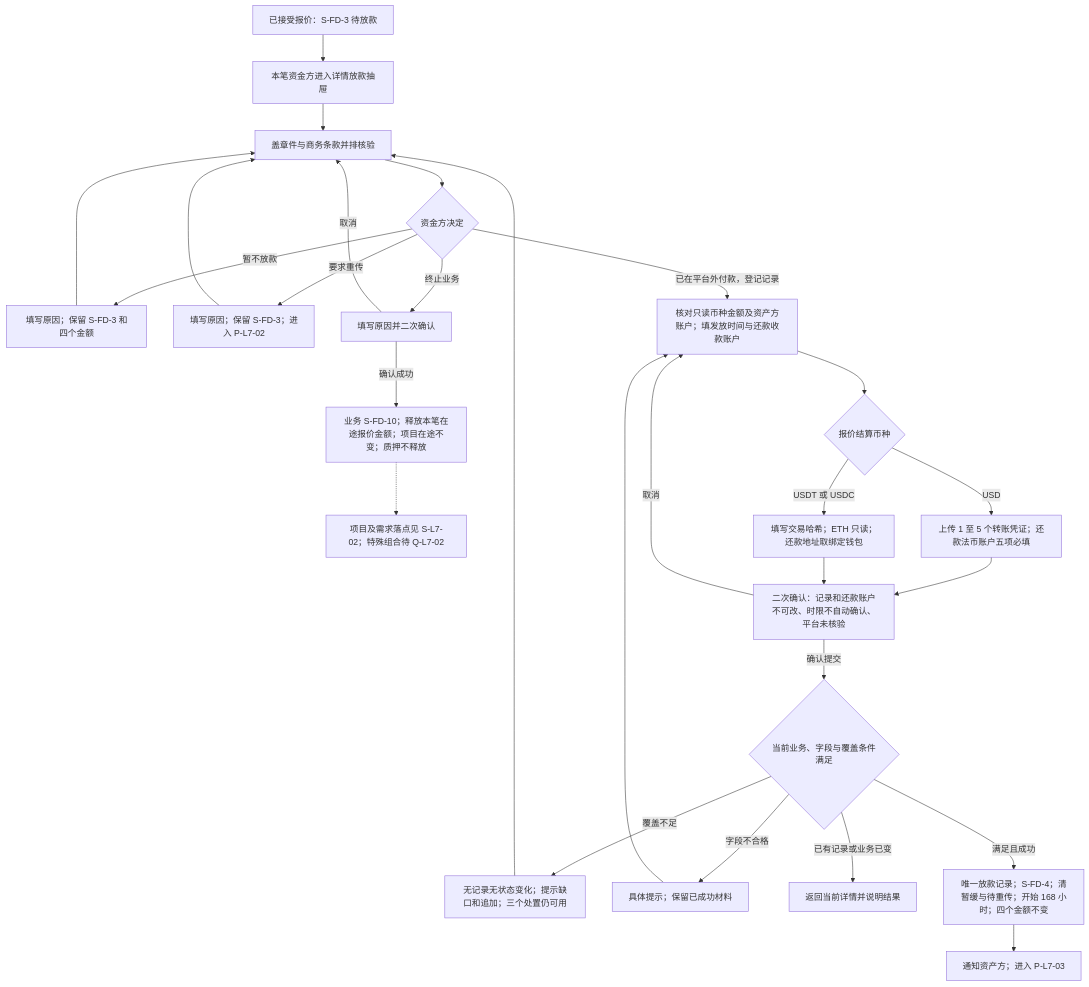
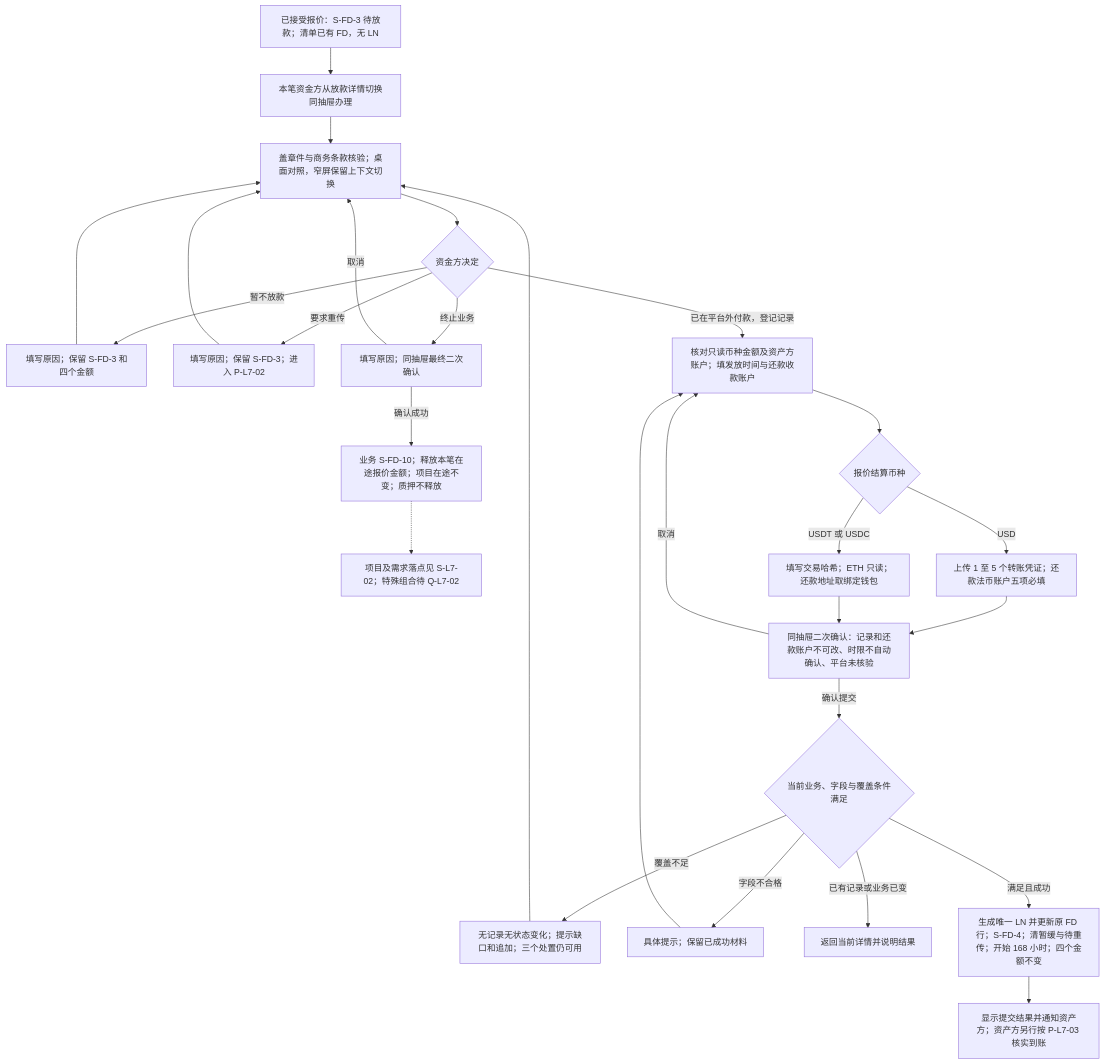
Before and after one commit to wxblockchain/Chain-Financing: the second of 6 diagrams in lending-platform/PRD/v1.0-借贷广场-放款与放款确认/v1.0-借贷广场-放款与放款确认-流程图与状态机.md, drawn with Mermaid. The commit also changed other lines of this file and 13 other files, not shown here.

````diff
--- a/lending-platform/PRD/v1.0-借贷广场-放款与放款确认/v1.0-借贷广场-放款与放款确认-流程图与状态机.md
+++ b/lending-platform/PRD/v1.0-借贷广场-放款与放款确认/v1.0-借贷广场-放款与放款确认-流程图与状态机.md
@@ -20,29 +53,29 @@
 ```mermaid
 flowchart TD
-  A[已接受报价：S-FD-3 待放款] --> B[本笔资金方进入详情放款抽屉]
-  B --> C[盖章件与商务条款并排核验]
+  A[已接受报价：S-FD-3 待放款；清单已有 FD，无 LN] --> B[本笔资金方从放款详情切换同抽屉办理]
+  B --> C[盖章件与商务条款核验；桌面对照，窄屏保留上下文切换]
   C --> D{资金方决定}
   D -->|暂不放款| H[填写原因；保留 S-FD-3 和四个金额]
   H --> C
   D -->|要求重传| R[填写原因；保留 S-FD-3；进入 P-L7-02]
   R --> C
-  D -->|终止业务| T[填写原因并二次确认]
+  D -->|终止业务| T[填写原因；同抽屉最终二次确认]
   T -->|取消| C
   T -->|确认成功| U[业务 S-FD-10；释放本笔在途报价金额；项目在途不变；质押不释放]
   U -.-> Z[项目及需求落点见 S-L7-02；特殊组合待 Q-L7-02]
   D -->|已在平台外付款，登记记录| F[核对只读币种金额及资产方账户；填发放时间与还款收款账户]
   F --> G{报价结算币种}
   G -->|USD| I[上传 1 至 5 个转账凭证；还款法币账户五项必填]
   G -->|USDT 或 USDC| J[填写交易哈希；ETH 只读；还款地址取绑定钱包]
-  I --> K[二次确认：记录和还款账户不可改、时限不自动确认、平台未核验]
+  I --> K[同抽屉二次确认：记录和还款账户不可改、时限不自动确认、平台未核验]
   J --> K
   K -->|取消| F
   K -->|确认提交| V{当前业务、字段与覆盖条件满足}
   V -->|覆盖不足| W[无记录无状态变化；提示缺口和追加；三个处置仍可用]
   W --> C
   V -->|字段不合格| X[具体提示；保留已成功材料]
   X --> F
   V -->|已有记录或业务已变| Y[返回当前详情并说明结果]
-  V -->|满足且成功| N[唯一放款记录；S-FD-4；清暂缓与待重传；开始 168 小时；四个金额不变]
-  N --> O[通知资产方；进入 P-L7-03]
+  V -->|满足且成功| N[生成唯一 LN 并更新原 FD 行；S-FD-4；清暂缓与待重传；开始 168 小时；四个金额不变]
+  N --> O[显示提交结果并通知资产方；资产方另行按 P-L7-03 核实到账]
 ```
````
